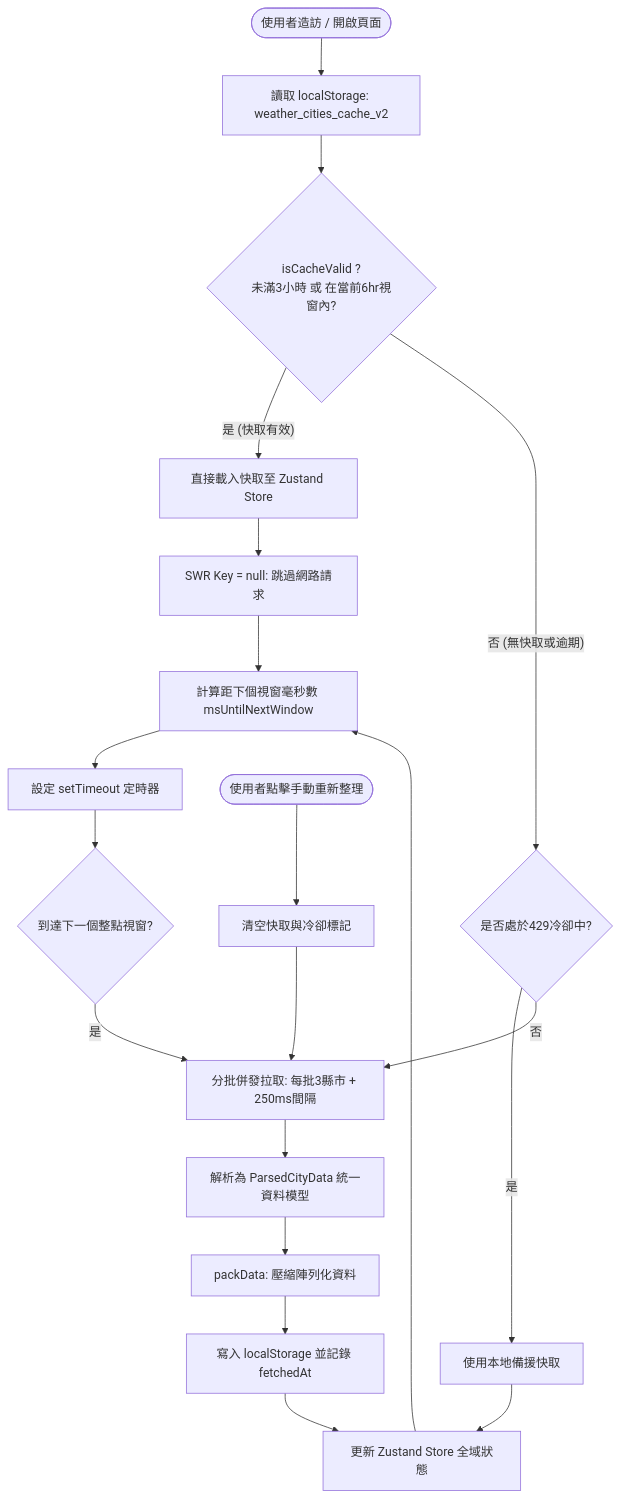
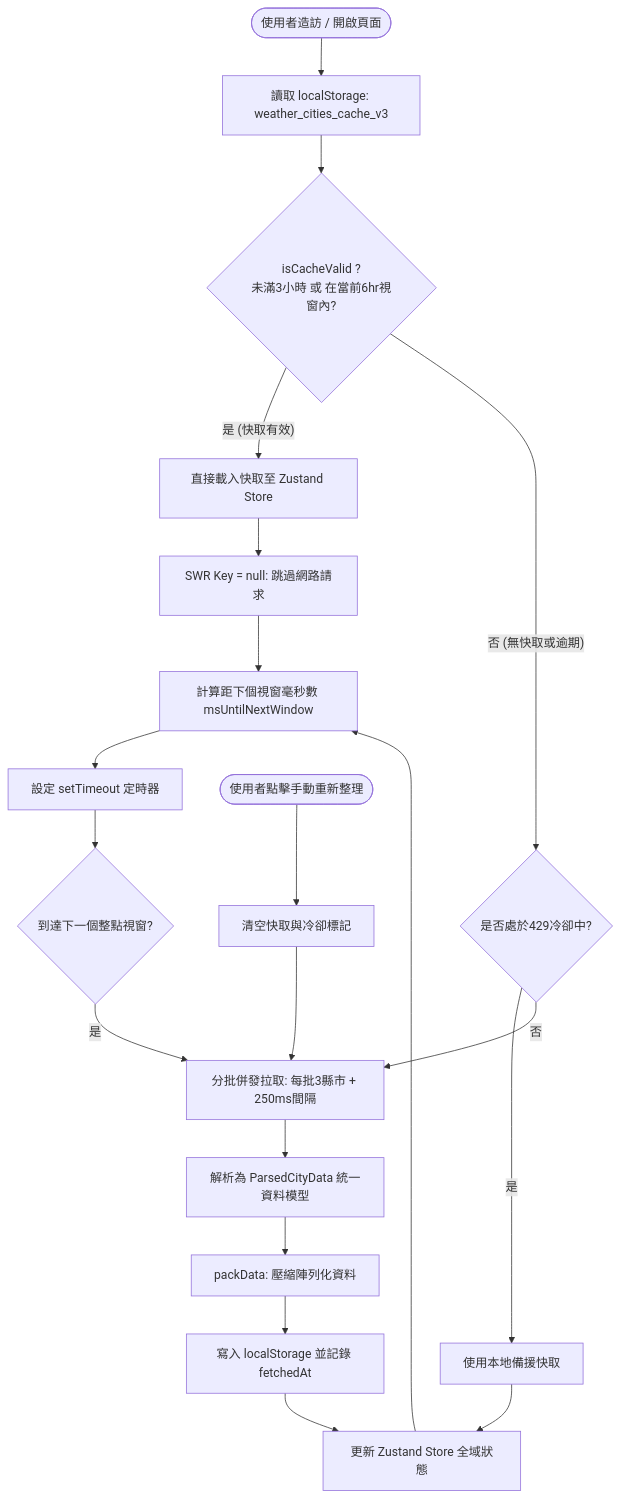
One commit to brian890804/Weather changed the first of 2 diagrams in WEATHER_API_AND_DATA_STRUCTURE.md. Above: the diagram before and after it, drawn with Mermaid. The commit also changed other lines of this file and 35 other files, not shown here.

````diff
--- a/WEATHER_API_AND_DATA_STRUCTURE.md
+++ b/WEATHER_API_AND_DATA_STRUCTURE.md
@@ -100,27 +100,27 @@
 ```mermaid
 flowchart TD
-    Start([使用者造訪 / 開啟頁面]) --> ReadStorage[讀取 localStorage: weather_cities_cache_v2]
+    Start([使用者造訪 / 開啟頁面]) --> ReadStorage[讀取 localStorage: weather_cities_cache_v3]
     ReadStorage --> CheckValid{isCacheValid ?<br/>未滿3小時 或 在當前6hr視窗內?}
     
     CheckValid -- 是 (快取有效) --> LoadCache[直接載入快取至 Zustand Store]
     LoadCache --> SWRNull[SWR Key = null: 跳過網路請求]
     SWRNull --> CalcNext[計算距下個視窗毫秒數 msUntilNextWindow]
     
     CheckValid -- 否 (無快取或逾期) --> Check429{是否處於429冷卻中?}
     Check429 -- 是 --> FallbackCache[使用本地備援快取]
     Check429 -- 否 --> FetchBatch[分批併發拉取: 每批3縣市 + 250ms間隔]
     
     FetchBatch --> Parse[解析為 ParsedCityData 統一資料模型]
     Parse --> Compress[packData: 壓縮陣列化資料]
     Compress --> WriteCache[寫入 localStorage 並記錄 fetchedAt]
     WriteCache --> UpdateStore[更新 Zustand Store 全域狀態]
     FallbackCache --> UpdateStore
     UpdateStore --> CalcNext
     
     CalcNext --> SetTimeout[設定 setTimeout 定時器]
     SetTimeout --> NextWindow{到達下一個整點視窗?}
     NextWindow -- 是 --> FetchBatch
     
     UserClick([使用者點擊手動重新整理]) --> ClearCache[清空快取與冷卻標記]
     ClearCache --> FetchBatch
 ```
````
